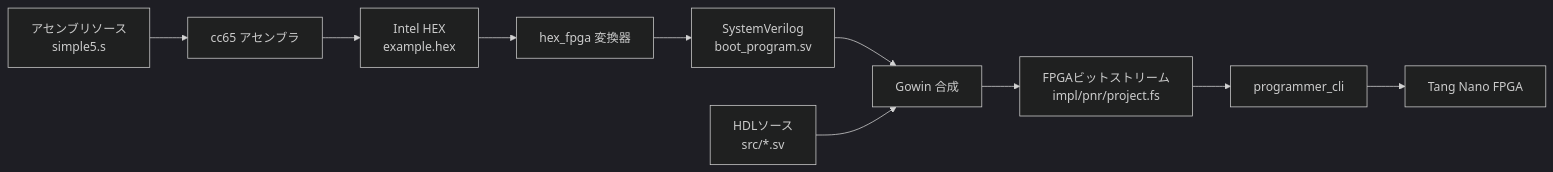
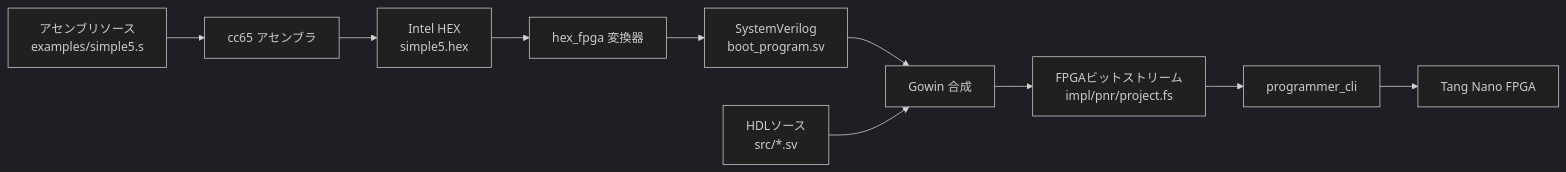
The second of 6 diagrams in day99_completed/docs/README_architecture_ja.md (sokoide/tangnano_6502_cpu), drawn with Mermaid (dark theme) before and after one commit. The commit also changed other lines of this file and 10 other files, not shown here.

````diff
--- a/day99_completed/docs/README_architecture_ja.md
+++ b/day99_completed/docs/README_architecture_ja.md
@@ -99,13 +98,13 @@
 ```mermaid
 graph LR
-    ASM[アセンブリソース<br/>simple5.s] --> CC65[cc65 アセンブラ]
-    CC65 --> HEX[Intel HEX<br/>example.hex]
+    ASM[アセンブリソース<br/>examples/simple5.s] --> CC65[cc65 アセンブラ]
+    CC65 --> HEX[Intel HEX<br/>simple5.hex]
     HEX --> CONV[hex_fpga 変換器]
     CONV --> SV[SystemVerilog<br/>boot_program.sv]
 
     SV --> SYNTH[Gowin 合成]
     HDL[HDLソース<br/>src/*.sv] --> SYNTH
     SYNTH --> BITSTREAM[FPGAビットストリーム<br/>impl/pnr/project.fs]
     BITSTREAM --> PROG[programmer_cli]
     PROG --> FPGA[Tang Nano FPGA]
 ```
````
